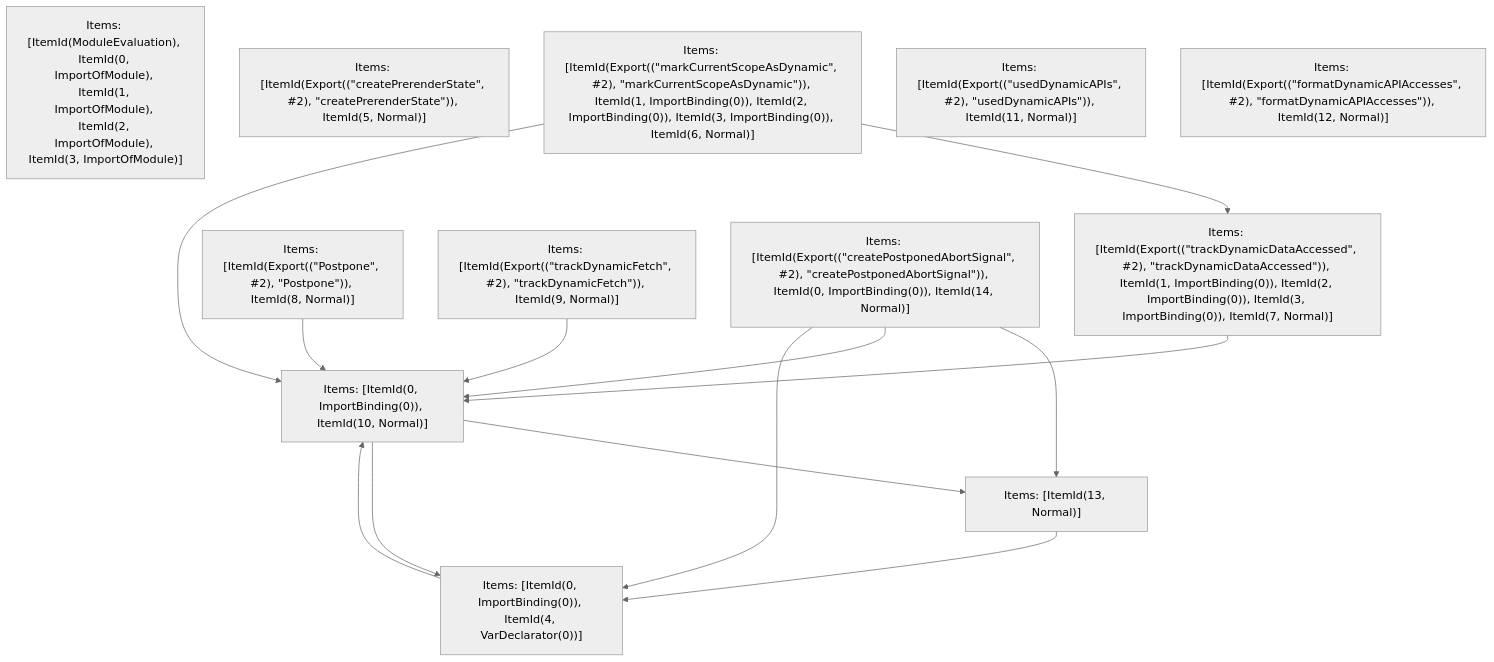
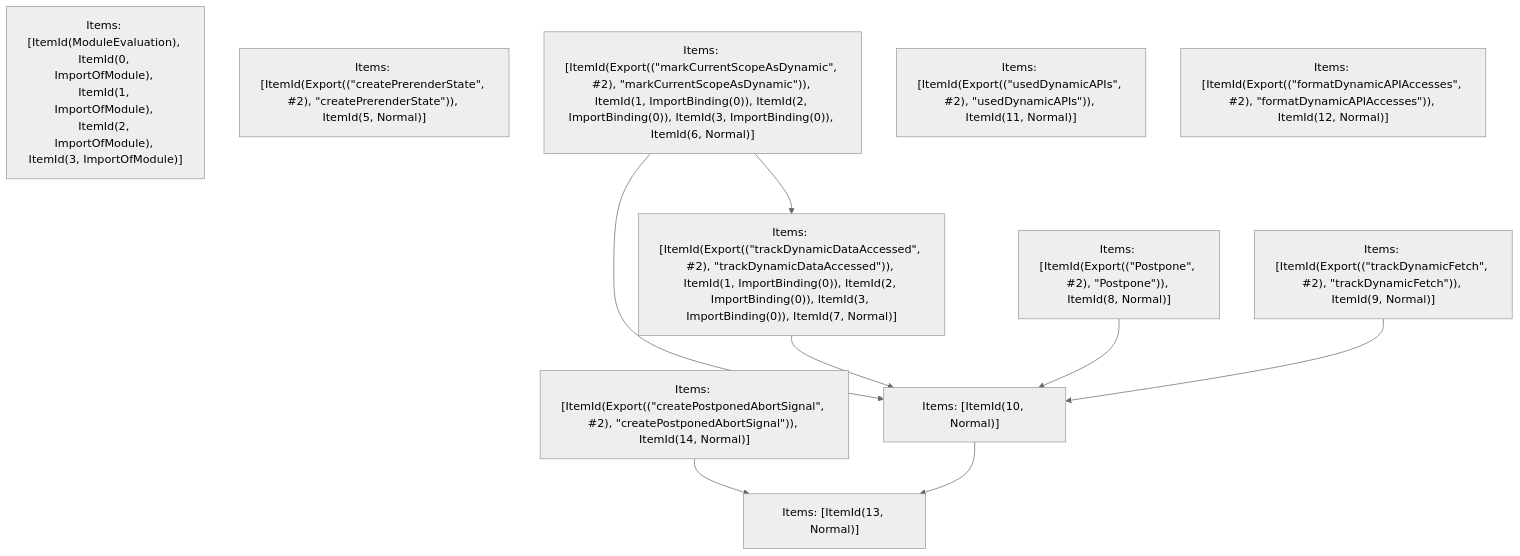
Before and after one commit to vercel/turborepo: the fifth of 5 diagrams in crates/turbopack-ecmascript/tests/tree-shaker/analyzer/failed-2/output.md, drawn with Mermaid (neutral theme). The commit also changed other lines of this file and 20 other files, not shown here.

````diff
--- a/crates/turbopack-ecmascript/tests/tree-shaker/analyzer/failed-2/output.md
+++ b/crates/turbopack-ecmascript/tests/tree-shaker/analyzer/failed-2/output.md
@@ -539,27 +529,21 @@
 ```mermaid
 graph TD
     N0["Items: [ItemId(ModuleEvaluation), ItemId(0, ImportOfModule), ItemId(1, ImportOfModule), ItemId(2, ImportOfModule), ItemId(3, ImportOfModule)]"];
     N1["Items: [ItemId(Export((&quot;createPrerenderState&quot;, #2), &quot;createPrerenderState&quot;)), ItemId(5, Normal)]"];
     N2["Items: [ItemId(Export((&quot;markCurrentScopeAsDynamic&quot;, #2), &quot;markCurrentScopeAsDynamic&quot;)), ItemId(1, ImportBinding(0)), ItemId(2, ImportBinding(0)), ItemId(3, ImportBinding(0)), ItemId(6, Normal)]"];
     N3["Items: [ItemId(Export((&quot;trackDynamicDataAccessed&quot;, #2), &quot;trackDynamicDataAccessed&quot;)), ItemId(1, ImportBinding(0)), ItemId(2, ImportBinding(0)), ItemId(3, ImportBinding(0)), ItemId(7, Normal)]"];
     N4["Items: [ItemId(Export((&quot;Postpone&quot;, #2), &quot;Postpone&quot;)), ItemId(8, Normal)]"];
     N5["Items: [ItemId(Export((&quot;trackDynamicFetch&quot;, #2), &quot;trackDynamicFetch&quot;)), ItemId(9, Normal)]"];
     N6["Items: [ItemId(Export((&quot;usedDynamicAPIs&quot;, #2), &quot;usedDynamicAPIs&quot;)), ItemId(11, Normal)]"];
     N7["Items: [ItemId(Export((&quot;formatDynamicAPIAccesses&quot;, #2), &quot;formatDynamicAPIAccesses&quot;)), ItemId(12, Normal)]"];
-    N8["Items: [ItemId(Export((&quot;createPostponedAbortSignal&quot;, #2), &quot;createPostponedAbortSignal&quot;)), ItemId(0, ImportBinding(0)), ItemId(14, Normal)]"];
-    N9["Items: [ItemId(0, ImportBinding(0)), ItemId(4, VarDeclarator(0))]"];
-    N10["Items: [ItemId(0, ImportBinding(0)), ItemId(10, Normal)]"];
-    N11["Items: [ItemId(13, Normal)]"];
+    N8["Items: [ItemId(Export((&quot;createPostponedAbortSignal&quot;, #2), &quot;createPostponedAbortSignal&quot;)), ItemId(14, Normal)]"];
+    N9["Items: [ItemId(10, Normal)]"];
+    N10["Items: [ItemId(13, Normal)]"];
     N2 --> N3;
-    N2 --> N10;
-    N3 --> N10;
-    N4 --> N10;
-    N5 --> N10;
-    N8 --> N11;
+    N2 --> N9;
+    N3 --> N9;
+    N4 --> N9;
+    N5 --> N9;
     N8 --> N10;
-    N8 --> N9;
     N9 --> N10;
-    N10 --> N11;
-    N10 --> N9;
-    N11 --> N9;
 ```
````
